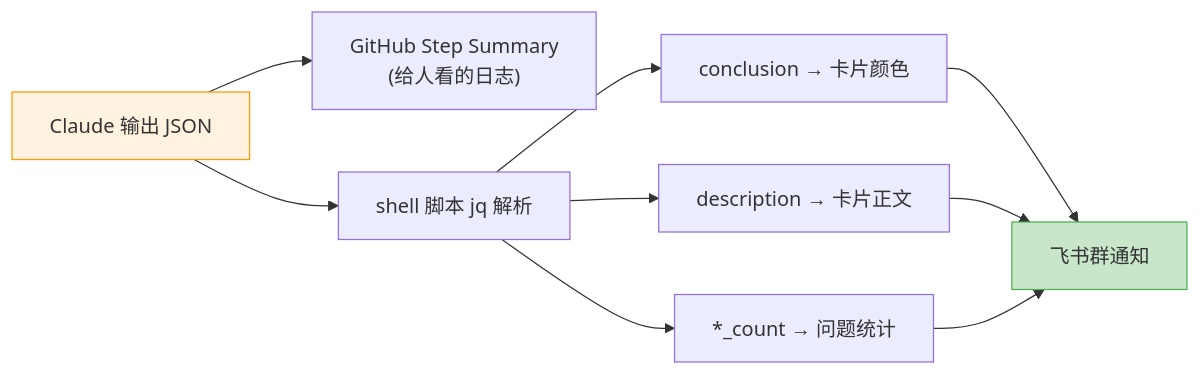
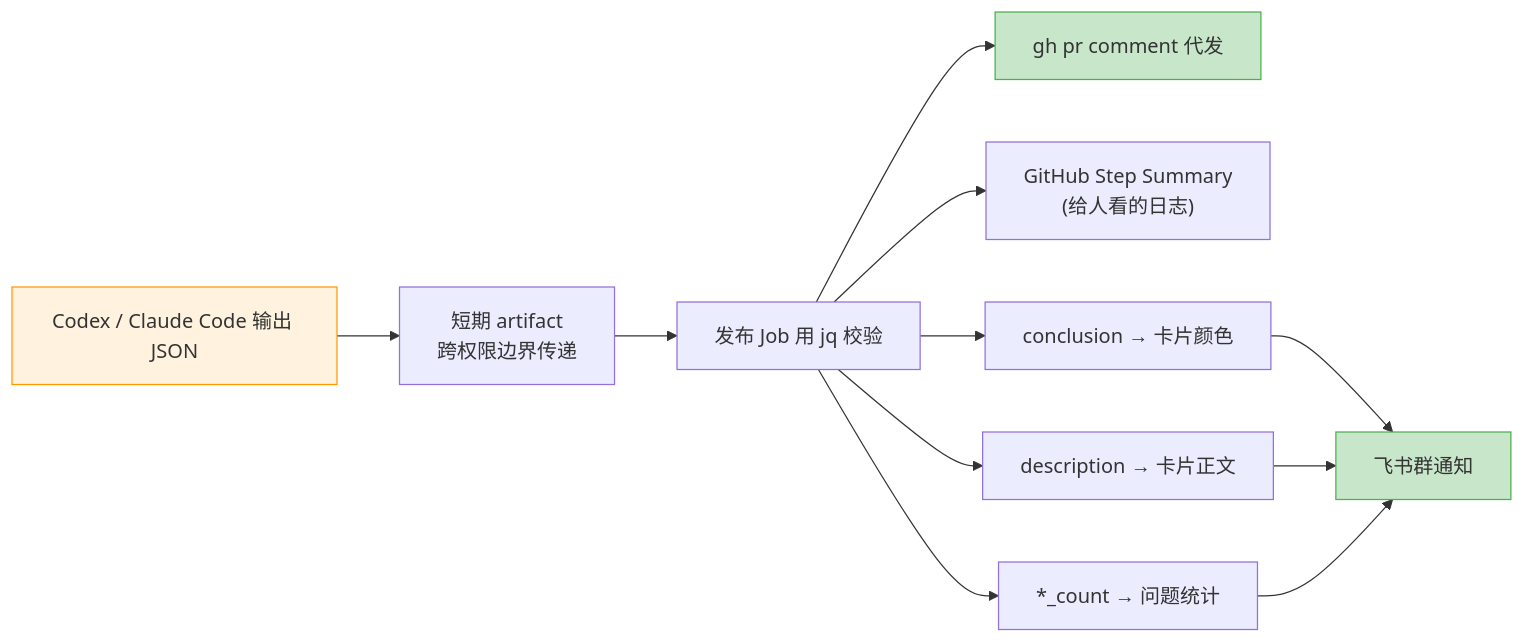
One commit to Lightspeed-Intelligence/agentic-workflow-template changed the ninth of 13 diagrams in docs/code-review-design.md. Above: the diagram before and after it, drawn with Mermaid. The commit also changed other lines of this file and 3 other files, not shown here.

Commit message:
feat(pr-review): isolate agents from GitHub writes

````diff
--- a/docs/code-review-design.md
+++ b/docs/code-review-design.md
@@ -277,14 +292,17 @@
 ```mermaid
 flowchart LR
-    AI["Claude 输出 JSON"] --> summary["GitHub Step Summary<br/>(给人看的日志)"]
-    AI --> jq["shell 脚本 jq 解析"]
+    AI["Codex / Claude Code 输出 JSON"] --> artifact["短期 artifact<br/>跨权限边界传递"]
+    artifact --> jq["发布 Job 用 jq 校验"]
+    jq --> comment["gh pr comment 代发"]
+    jq --> summary["GitHub Step Summary<br/>(给人看的日志)"]
     jq --> color["conclusion → 卡片颜色"]
     jq --> desc["description → 卡片正文"]
     jq --> count["*_count → 问题统计"]
     color --> feishu["飞书群通知"]
     desc --> feishu
     count --> feishu
 
     style AI fill:#fff3e0,stroke:#FF9800
+    style comment fill:#c8e6c9,stroke:#4CAF50
     style feishu fill:#c8e6c9,stroke:#4CAF50
 ```
````
